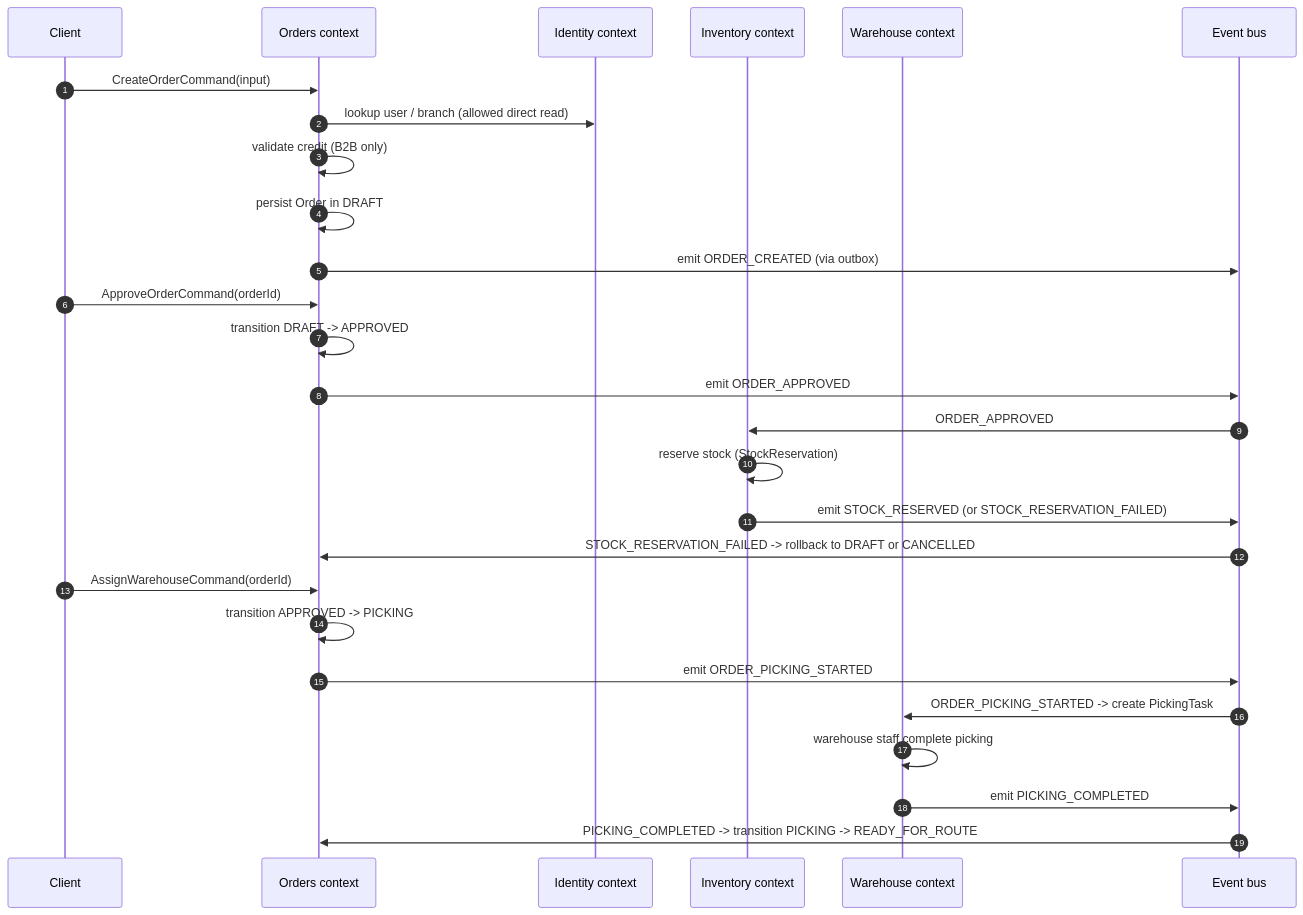
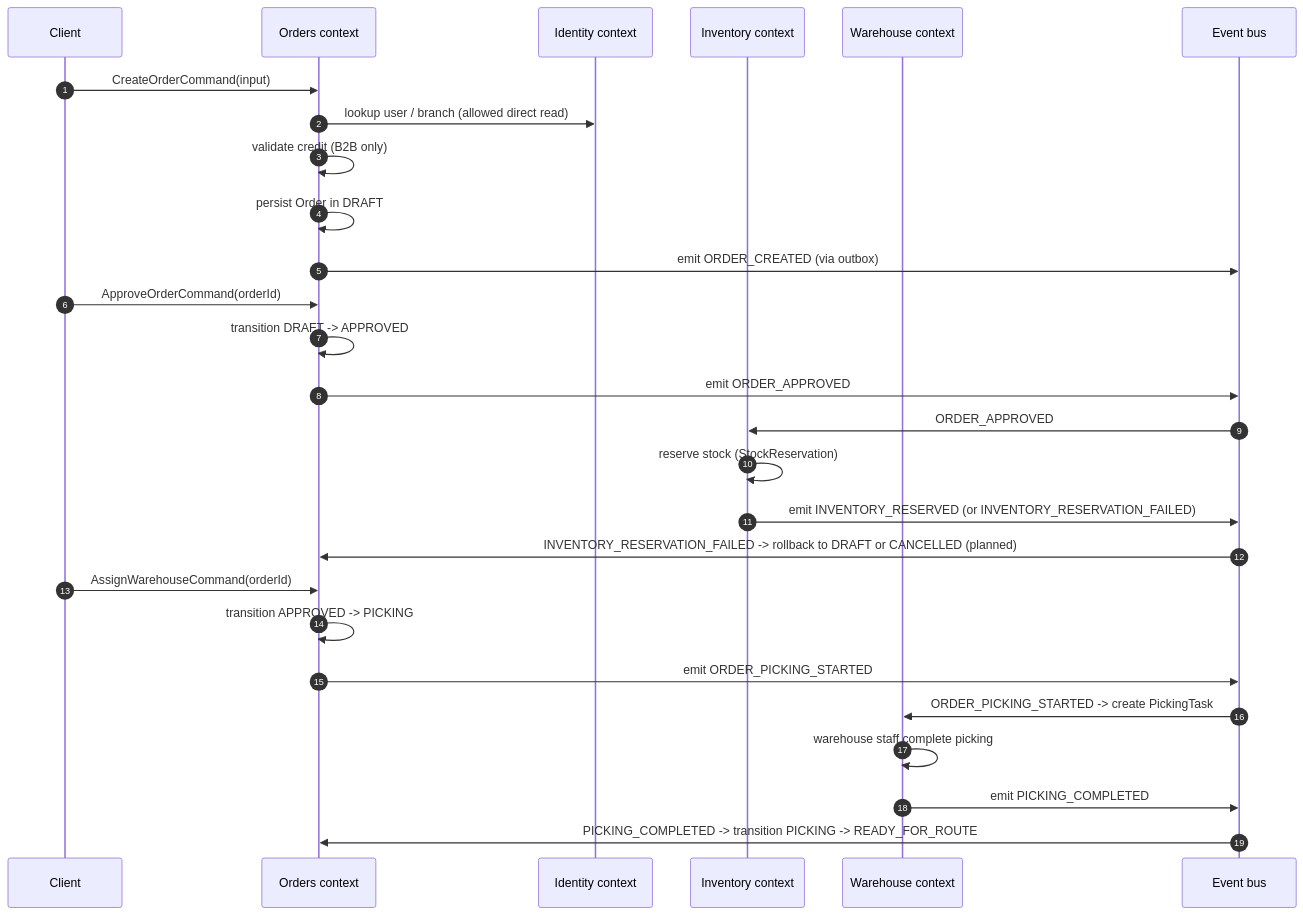
The diagram in docs/workflows/order-creation.md (kevin-esq/binexus-platform), drawn with Mermaid before and after one commit. The commit also changed other lines of this file and 18 other files, not shown here.

First line of the commit message:
feat(inventory): add reservation base slice (#22)

````diff
--- a/docs/workflows/order-creation.md
+++ b/docs/workflows/order-creation.md
@@ -5,30 +5,30 @@
 ```mermaid
 sequenceDiagram
     autonumber
     participant Client
     participant OrdersAPI as Orders context
     participant Identity as Identity context
     participant Inventory as Inventory context
     participant Warehouse as Warehouse context
     participant Bus as Event bus
 
     Client->>OrdersAPI: CreateOrderCommand(input)
     OrdersAPI->>Identity: lookup user / branch (allowed direct read)
     OrdersAPI->>OrdersAPI: validate credit (B2B only)
     OrdersAPI->>OrdersAPI: persist Order in DRAFT
     OrdersAPI->>Bus: emit ORDER_CREATED (via outbox)
     Client->>OrdersAPI: ApproveOrderCommand(orderId)
     OrdersAPI->>OrdersAPI: transition DRAFT -> APPROVED
     OrdersAPI->>Bus: emit ORDER_APPROVED
     Bus->>Inventory: ORDER_APPROVED
     Inventory->>Inventory: reserve stock (StockReservation)
-    Inventory->>Bus: emit STOCK_RESERVED (or STOCK_RESERVATION_FAILED)
-    Bus->>OrdersAPI: STOCK_RESERVATION_FAILED -> rollback to DRAFT or CANCELLED
+    Inventory->>Bus: emit INVENTORY_RESERVED (or INVENTORY_RESERVATION_FAILED)
+    Bus->>OrdersAPI: INVENTORY_RESERVATION_FAILED -> rollback to DRAFT or CANCELLED (planned)
     Client->>OrdersAPI: AssignWarehouseCommand(orderId)
     OrdersAPI->>OrdersAPI: transition APPROVED -> PICKING
     OrdersAPI->>Bus: emit ORDER_PICKING_STARTED
     Bus->>Warehouse: ORDER_PICKING_STARTED -> create PickingTask
     Warehouse->>Warehouse: warehouse staff complete picking
     Warehouse->>Bus: emit PICKING_COMPLETED
     Bus->>OrdersAPI: PICKING_COMPLETED -> transition PICKING -> READY_FOR_ROUTE
 ```
````
